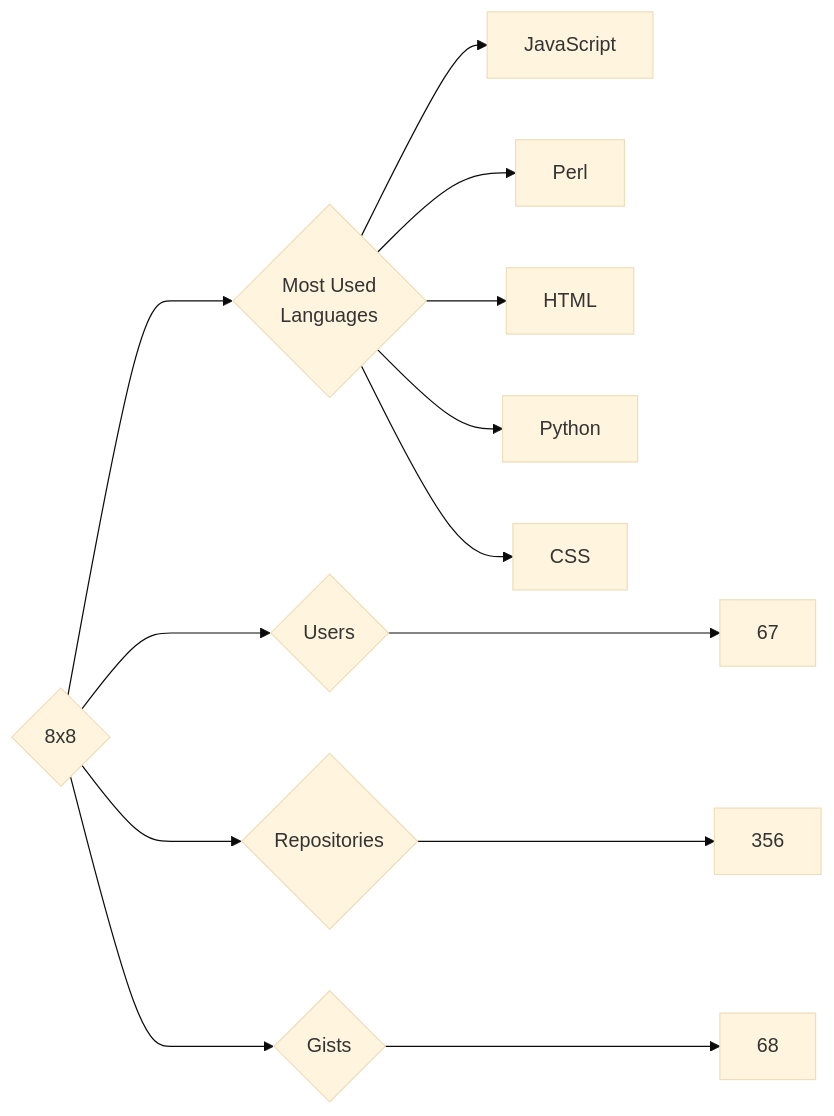
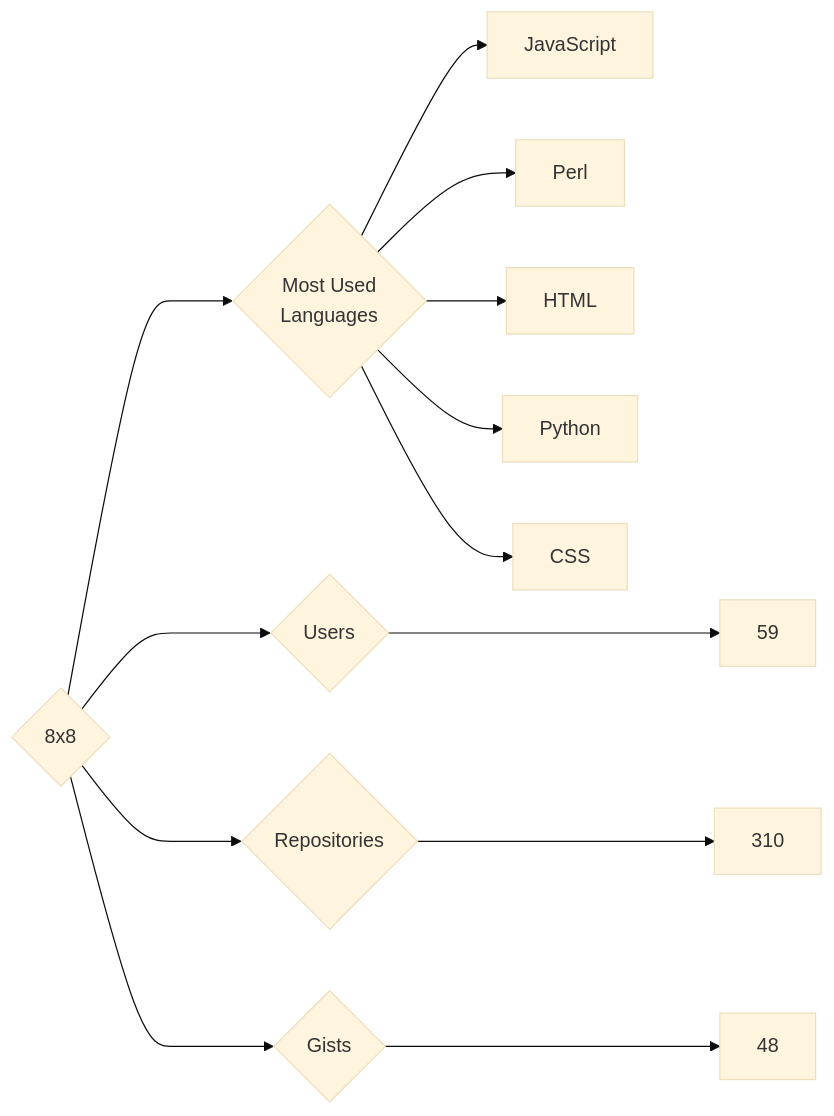
One commit to trickest/insiders changed the diagram in targets/8x8/README.md. Above: the diagram before and after it, drawn with Mermaid (base theme). The commit also changed 783 other files, not shown here.

````diff
--- a/targets/8x8/README.md
+++ b/targets/8x8/README.md
@@ -3,13 +3,13 @@
 ```mermaid
 graph LR
 COMPANY_NAME{8x8}
-COMPANY_NAME ---> U{Users} ---> UN[67]
-COMPANY_NAME ---> R{Repositories} ---> RN[356]
-COMPANY_NAME ---> G{Gists} ---> GN[68]
+COMPANY_NAME ---> U{Users} ---> UN[59]
+COMPANY_NAME ---> R{Repositories} ---> RN[310]
+COMPANY_NAME ---> G{Gists} ---> GN[48]
 COMPANY_NAME ---> ML{Most Used<br>Languages}
 ML --> JavaScript[JavaScript]
 ML --> Perl[Perl]
 ML --> HTML[HTML]
 ML --> Python[Python]
 ML --> CSS[CSS]
 ```
````
